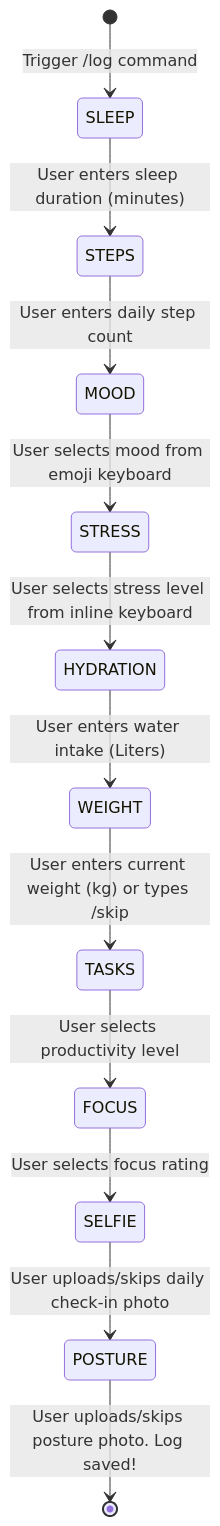
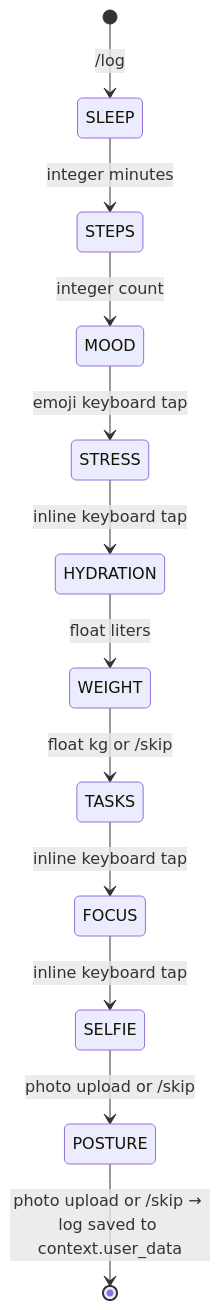
One commit to swaraj-dash/AarogyamAI changed the third of 3 diagrams in PROJECT_DOCUMENTATION.md. Above: the diagram before and after it, drawn with Mermaid. The commit also changed other lines of this file, not shown here.

Commit message:
docs: exhaustive technical blueprint with every function, state machine, algorithm, and schema

````diff
--- a/PROJECT_DOCUMENTATION.md
+++ b/PROJECT_DOCUMENTATION.md
@@ -168,14 +265,14 @@
 ```mermaid
 stateDiagram-v2
-    [*] --> SLEEP : Trigger /log command
-    SLEEP --> STEPS : User enters sleep duration (minutes)
-    STEPS --> MOOD : User enters daily step count
-    MOOD --> STRESS : User selects mood from emoji keyboard
-    STRESS --> HYDRATION : User selects stress level from inline keyboard
-    HYDRATION --> WEIGHT : User enters water intake (Liters)
-    WEIGHT --> TASKS : User enters current weight (kg) or types /skip
-    TASKS --> FOCUS : User selects productivity level
-    FOCUS --> SELFIE : User selects focus rating
-    SELFIE --> POSTURE : User uploads/skips daily check-in photo
-    POSTURE --> [*] : User uploads/skips posture photo. Log saved!
+    [*] --> SLEEP : /log
+    SLEEP --> STEPS : integer minutes
+    STEPS --> MOOD : integer count
+    MOOD --> STRESS : emoji keyboard tap
+    STRESS --> HYDRATION : inline keyboard tap
+    HYDRATION --> WEIGHT : float liters
+    WEIGHT --> TASKS : float kg or /skip
+    TASKS --> FOCUS : inline keyboard tap
+    FOCUS --> SELFIE : inline keyboard tap
+    SELFIE --> POSTURE : photo upload or /skip
+    POSTURE --> [*] : photo upload or /skip → log saved to context.user_data
 ```
````
